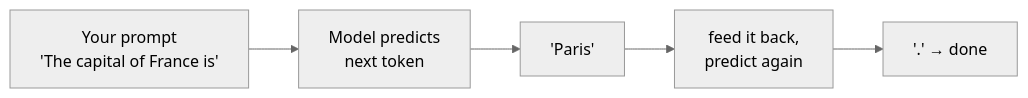
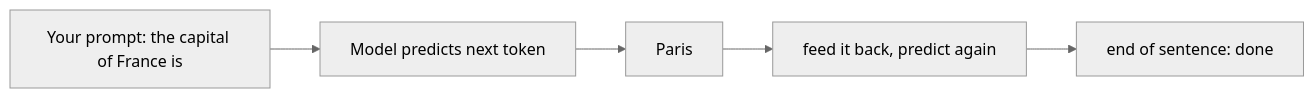
Before and after one commit to WBHankins93/ai-engineering-studio: the diagram in foundations/how-llms-actually-work.md, drawn with Mermaid (neutral theme). The commit also changed 6 other files, not shown here.

Commit message:
Simplify mermaid labels to strict-mode-safe single lines

````diff
--- a/foundations/how-llms-actually-work.md
+++ b/foundations/how-llms-actually-work.md
@@ -16,7 +16,7 @@
 ```mermaid
 flowchart LR
-  P["Your prompt<br/>'The capital of France is'"] --> M["Model predicts<br/>next token"]
-  M --> T["'Paris'"]
-  T --> M2["feed it back,<br/>predict again"]
-  M2 --> D["'.' → done"]
+  P["Your prompt: the capital of France is"] --> M["Model predicts next token"]
+  M --> T["Paris"]
+  T --> M2["feed it back, predict again"]
+  M2 --> D["end of sentence: done"]
 ```
````
